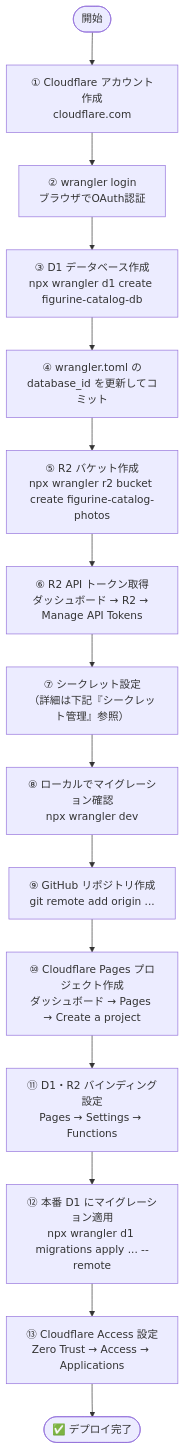
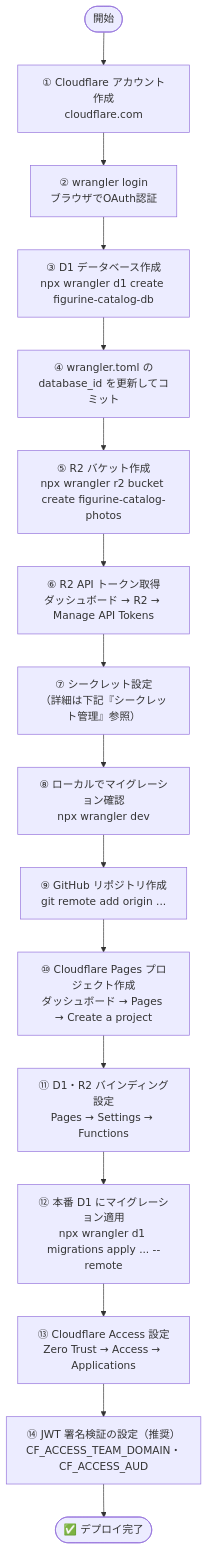
One commit to hane0707/figurine-catalog changed the second of 4 diagrams in docs/cloudflare-guide.md. Above: the diagram before and after it, drawn with Mermaid. The commit also changed other lines of this file and 1 other file, not shown here.

````diff
--- a/docs/cloudflare-guide.md
+++ b/docs/cloudflare-guide.md
@@ -58,17 +58,18 @@
 ```mermaid
 flowchart TD
     Start([開始]) --> A["① Cloudflare アカウント作成\ncloudflare.com"]
     A --> B["② wrangler login\nブラウザでOAuth認証"]
     B --> C["③ D1 データベース作成\nnpx wrangler d1 create figurine-catalog-db"]
     C --> D["④ wrangler.toml の\ndatabase_id を更新してコミット"]
     D --> E["⑤ R2 バケット作成\nnpx wrangler r2 bucket create figurine-catalog-photos"]
     E --> F["⑥ R2 API トークン取得\nダッシュボード → R2 → Manage API Tokens"]
     F --> G["⑦ シークレット設定\n（詳細は下記『シークレット管理』参照）"]
     G --> H["⑧ ローカルでマイグレーション確認\nnpx wrangler dev"]
     H --> I["⑨ GitHub リポジトリ作成\ngit remote add origin ..."]
     I --> J["⑩ Cloudflare Pages プロジェクト作成\nダッシュボード → Pages → Create a project"]
     J --> K["⑪ D1・R2 バインディング設定\nPages → Settings → Functions"]
     K --> L["⑫ 本番 D1 にマイグレーション適用\nnpx wrangler d1 migrations apply ... --remote"]
     L --> M["⑬ Cloudflare Access 設定\nZero Trust → Access → Applications"]
-    M --> End(["✅ デプロイ完了"])
+    M --> N["⑭ JWT 署名検証の設定（推奨）\nCF_ACCESS_TEAM_DOMAIN・CF_ACCESS_AUD"]
+    N --> End(["✅ デプロイ完了"])
 ```
````
